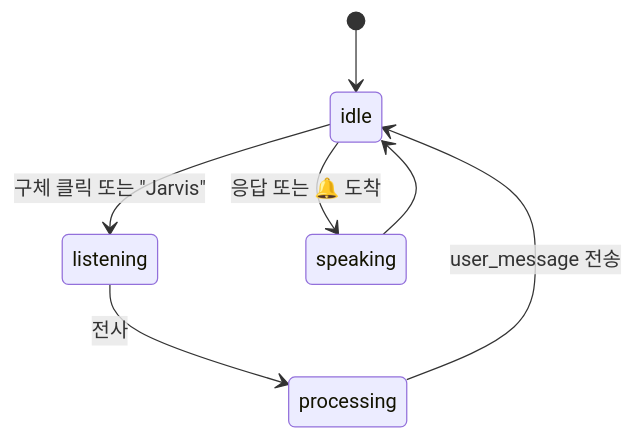
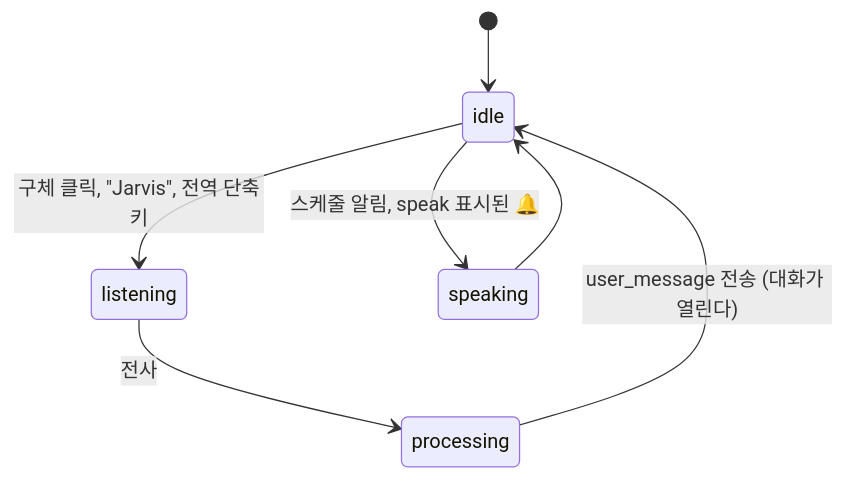
Before and after one commit to ash-hun/jarvis-agent: the first of 4 diagrams in website/docs/concepts/conversation/voice.md, drawn with Mermaid. The commit also changed other lines of this file and 41 other files, not shown here.

First line of the commit message:
Feat: HUD 헤더를 이름과 시각 중심으로 정리하고, 음성 모드를 하나로 합치고, FLOW 를 에이전트 지식 그래프로 그린다

````diff
--- a/website/docs/concepts/conversation/voice.md
+++ b/website/docs/concepts/conversation/voice.md
@@ -71,9 +71,9 @@
 ```mermaid
 stateDiagram-v2
   [*] --> idle
-  idle --> listening: 구체 클릭 또는 "Jarvis"
+  idle --> listening: 구체 클릭, "Jarvis", 전역 단축키
   listening --> processing: 전사
-  processing --> idle: user_message 전송
-  idle --> speaking: 응답 또는 🔔 도착
+  processing --> idle: user_message 전송 (대화가 열린다)
+  idle --> speaking: 스케줄 알림, speak 표시된 🔔
   speaking --> idle
 ```
````
